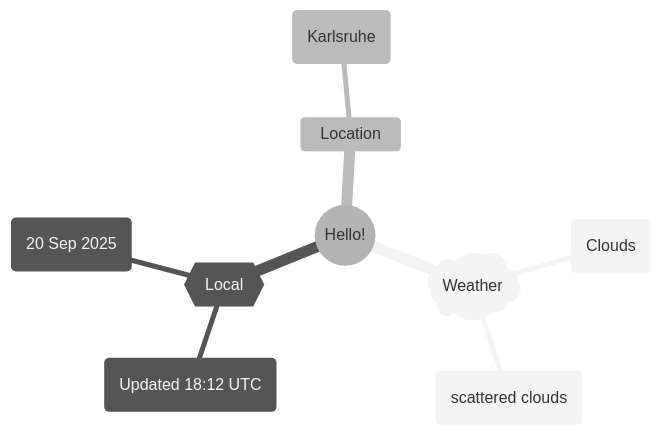
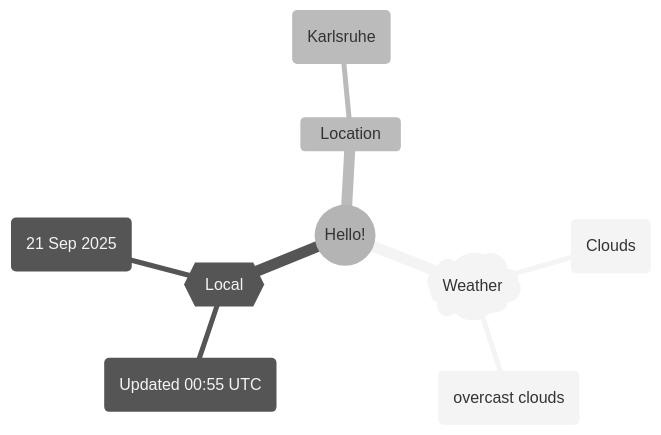
Before and after one commit to Xosrov/Xosrov: the first of 2 diagrams in README.md, drawn with Mermaid (neutral theme).

Commit message:
[bot] updated images

````diff
--- a/README.md
+++ b/README.md
@@ -3,12 +3,12 @@
 ```mermaid
 mindmap
   root((Hello!))
     )Weather(
         (Clouds)
-        (scattered clouds)
+        (overcast clouds)
     {{Local}}
-        (Updated 18:12 UTC)
-        (20 Sep 2025)
+        (Updated 00:55 UTC)
+        (21 Sep 2025)
     Location
         (Karlsruhe)
 ```
````
